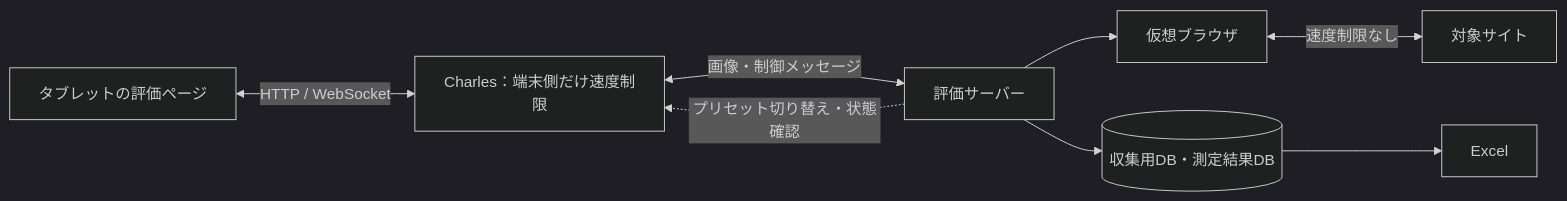
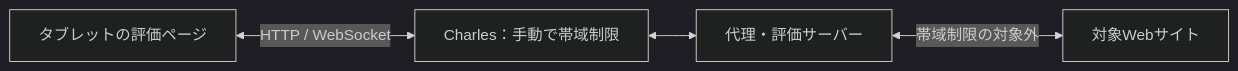
The diagram in evaluation/tablet-design.md (youchinnn31/virtual-browser), drawn with Mermaid (dark theme) before and after one commit. The commit also changed other lines of this file and 15 other files, not shown here.

````diff
--- a/evaluation/tablet-design.md
+++ b/evaluation/tablet-design.md
@@ -24,10 +7,6 @@
 ```mermaid
 flowchart LR
-    T[タブレットの評価ページ] <-->|HTTP / WebSocket| C[Charles：端末側だけ速度制限]
-    C <-->|画像・制御メッセージ| S[評価サーバー]
-    S --> V[仮想ブラウザ]
-    V <-->|速度制限なし| W[対象サイト]
-    S --> D[(収集用DB・測定結果DB)]
-    D --> E[Excel]
-    S -. プリセット切り替え・状態確認 .-> C
+    T[タブレットの評価ページ] <-->|HTTP / WebSocket| C[Charles：手動で帯域制限]
+    C <--> S[代理・評価サーバー]
+    S <-->|帯域制限の対象外| W[対象Webサイト]
 ```
````
